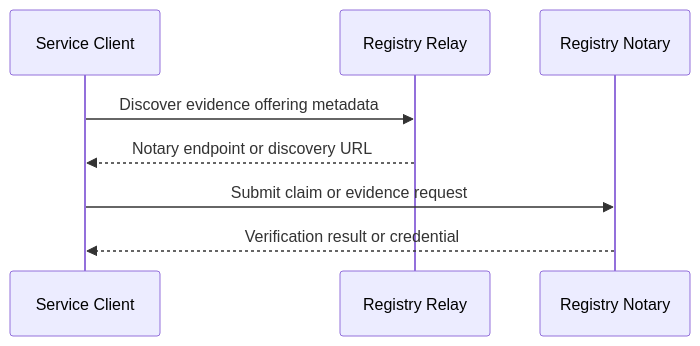
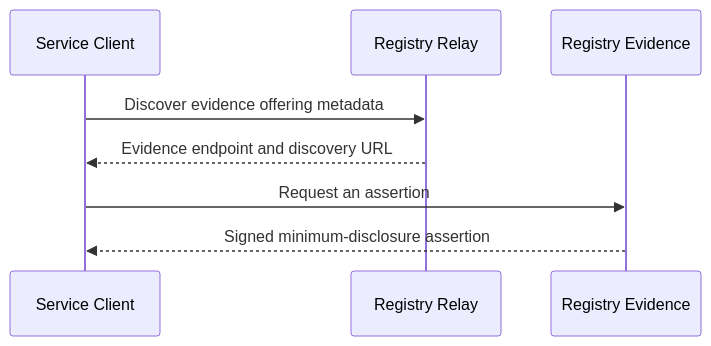
Before and after one commit to registrystack/registry-stack: the fourth of 4 diagrams in crates/registry-relay/docs/relay-scenario-catalog.md, drawn with Mermaid. The commit also changed other lines of this file and 9 other files, not shown here.

First line of the commit message:
docs(relay): rewrite crate docs around Relay and Evidence

````diff
--- a/crates/registry-relay/docs/relay-scenario-catalog.md
+++ b/crates/registry-relay/docs/relay-scenario-catalog.md
@@ -90,11 +90,11 @@
 ```mermaid
 sequenceDiagram
   participant Client as Service Client
   participant Relay as Registry Relay
-  participant Notary as Registry Notary
+  participant Evidence as Registry Evidence
 
   Client->>Relay: Discover evidence offering metadata
-  Relay-->>Client: Notary endpoint or discovery URL
-  Client->>Notary: Submit claim or evidence request
-  Notary-->>Client: Verification result or credential
+  Relay-->>Client: Evidence endpoint and discovery URL
+  Client->>Evidence: Request an assertion
+  Evidence-->>Client: Signed minimum-disclosure assertion
 ```
````
